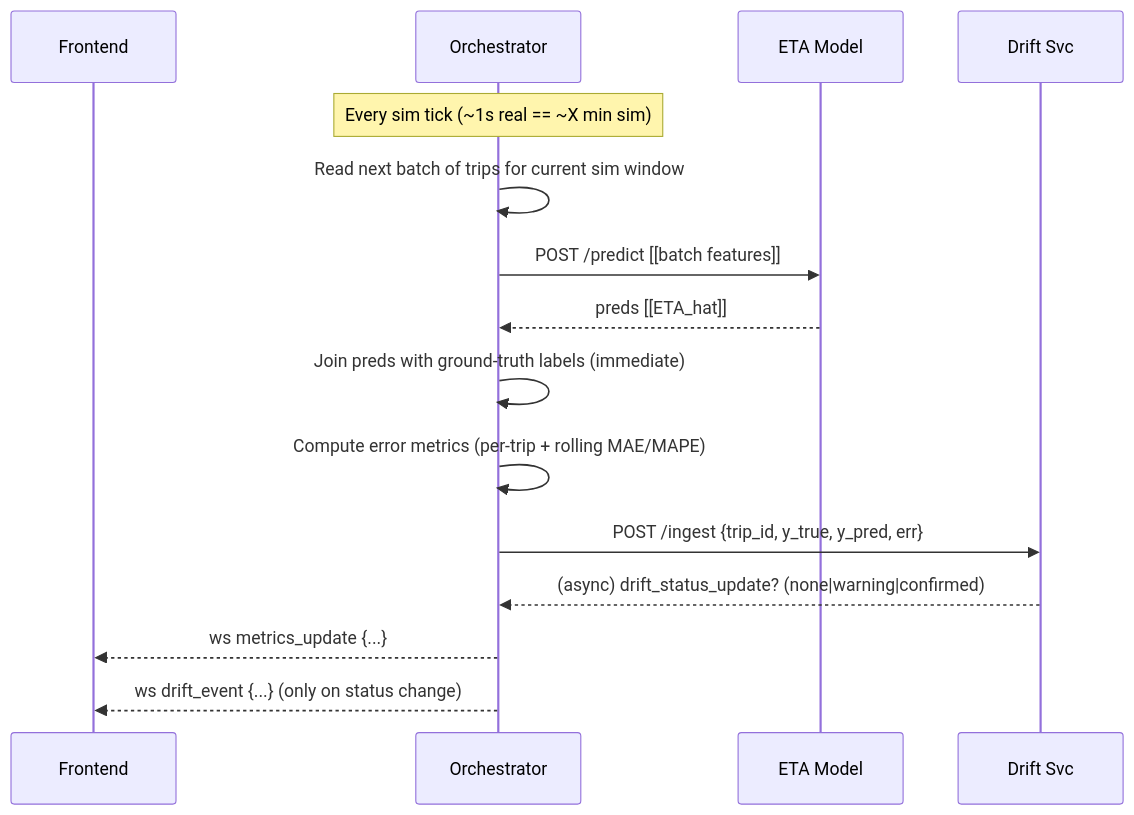
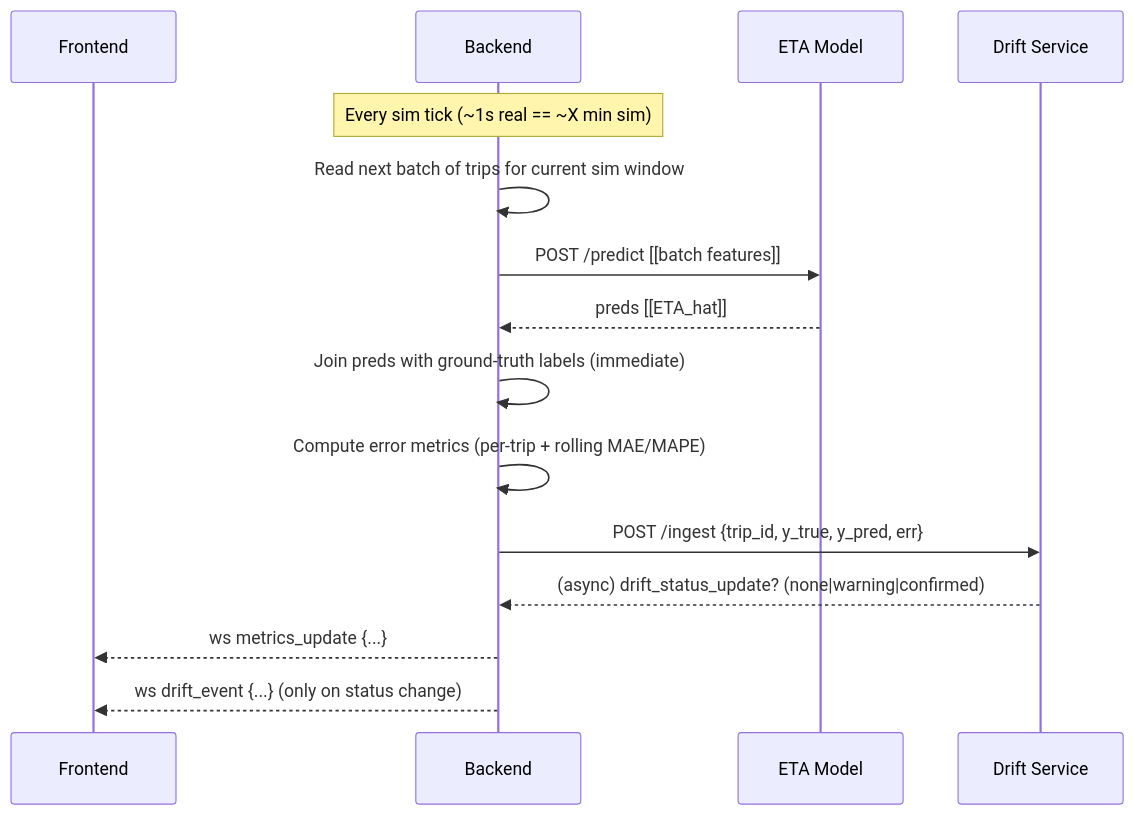
The second of 3 diagrams in platform.md (geokyr/diploma-thesis), drawn with Mermaid before and after one commit. The commit also changed other lines of this file, not shown here.

````diff
--- a/platform.md
+++ b/platform.md
@@ -89,18 +82,18 @@
 ```mermaid
 sequenceDiagram
     participant UI as Frontend
-    participant OR as Orchestrator
+    participant BE as Backend
     participant M1 as ETA Model
-    participant Drift as Drift Svc
+    participant DR as Drift Service
 
-    Note over OR: Every sim tick (~1s real == ~X min sim)
-    OR->>OR: Read next batch of trips for current sim window
-    OR->>M1: POST /predict [[batch features]]
-    M1-->>OR: preds [[ETA_hat]]
-    OR->>OR: Join preds with ground-truth labels (immediate)
-    OR->>OR: Compute error metrics (per-trip + rolling MAE/MAPE)
-    OR->>Drift: POST /ingest {trip_id, y_true, y_pred, err}
-    Drift-->>OR: (async) drift_status_update? (none|warning|confirmed)
-    OR-->>UI: ws metrics_update {...}
-    OR-->>UI: ws drift_event {...} (only on status change)
+    Note over BE: Every sim tick (~1s real == ~X min sim)
+    BE->>BE: Read next batch of trips for current sim window
+    BE->>M1: POST /predict [[batch features]]
+    M1-->>BE: preds [[ETA_hat]]
+    BE->>BE: Join preds with ground-truth labels (immediate)
+    BE->>BE: Compute error metrics (per-trip + rolling MAE/MAPE)
+    BE->>DR: POST /ingest {trip_id, y_true, y_pred, err}
+    DR-->>BE: (async) drift_status_update? (none|warning|confirmed)
+    BE-->>UI: ws metrics_update {...}
+    BE-->>UI: ws drift_event {...} (only on status change)
 ```
````
